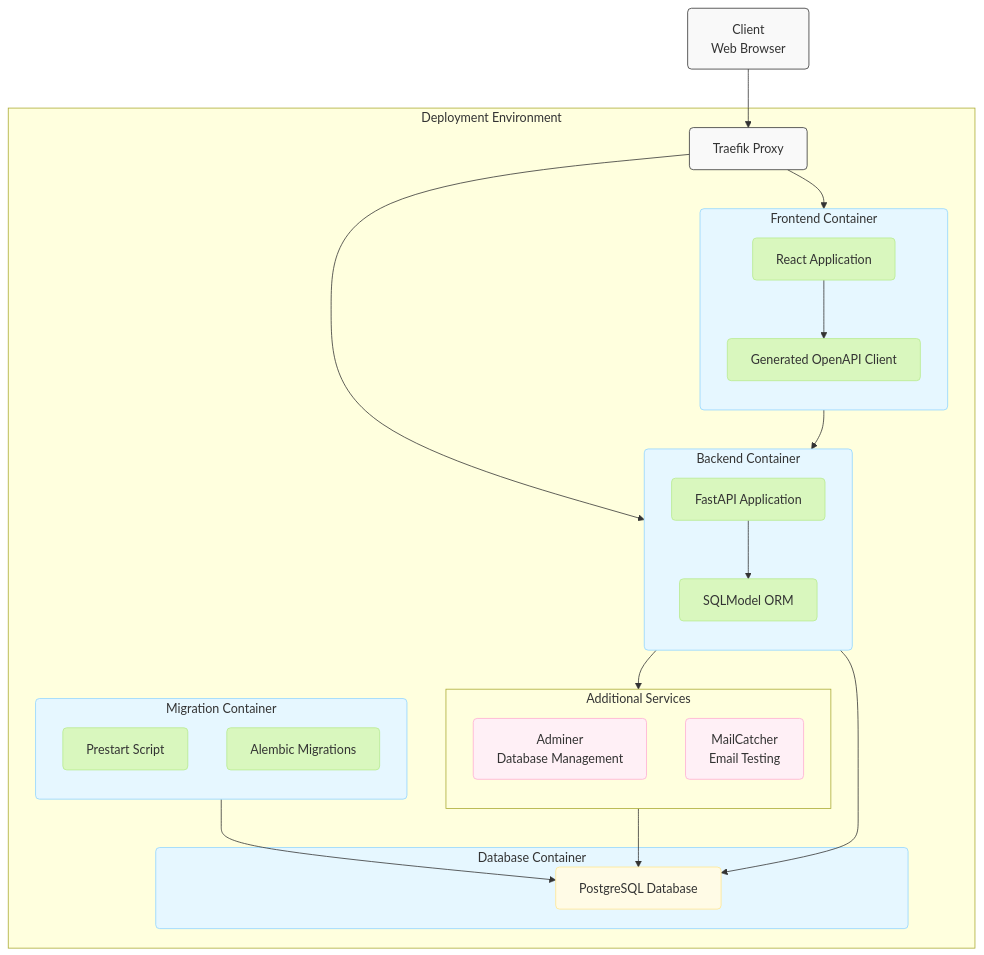
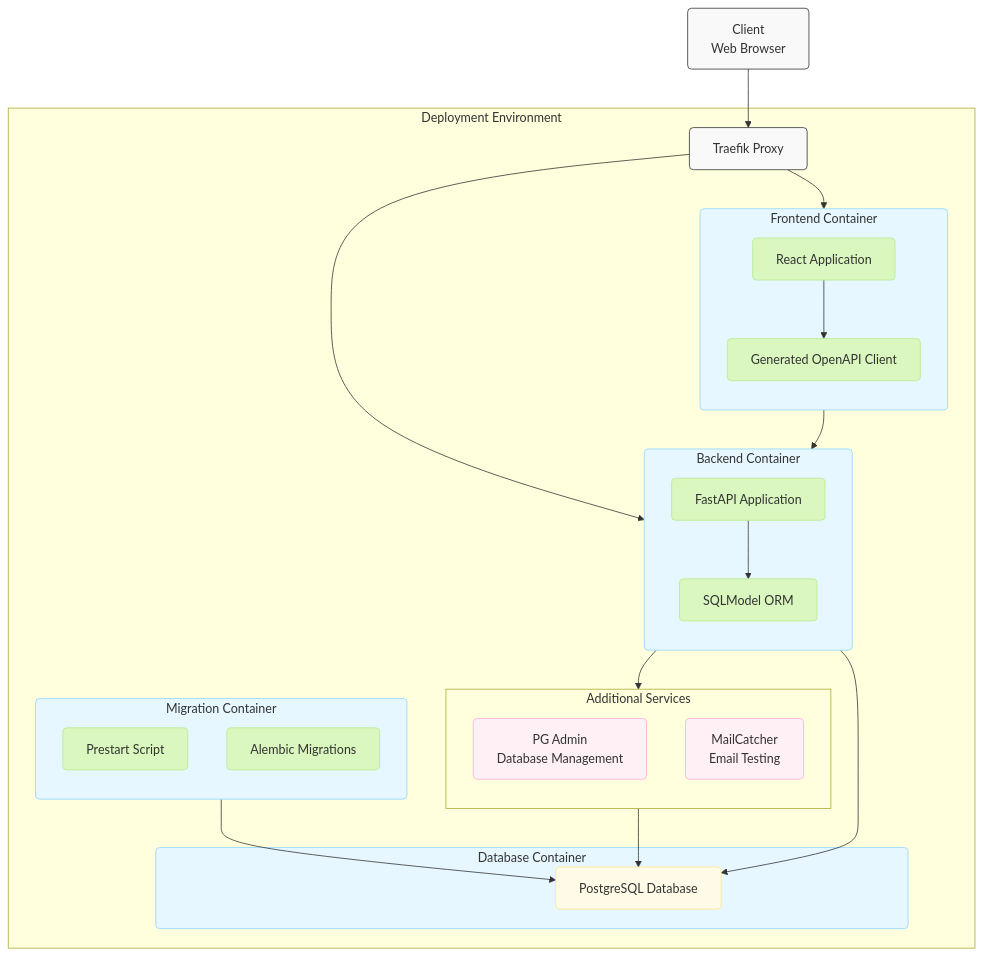
Before and after one commit to telepace/nexus: the first of 3 diagrams in README_zh-CN.md, drawn with Mermaid. The commit also changed 108 other files, not shown here.

First line of the commit message:
feat: migrate from Adminer to pgAdmin and enhance OAuth settings

````diff
--- a/README_zh-CN.md
+++ b/README_zh-CN.md
@@ -48,71 +48,71 @@
 ```mermaid
 graph TD
     %% 定义客户端
     client[Client<br/>Web Browser]
 
     %% 定义部署环境子图
     subgraph dep_env [Deployment Environment]
         %% 定义代理
         proxy[Traefik Proxy]
 
         %% 定义前端容器子图
         subgraph frontend_cont [Frontend Container]
             direction TB
             frontend_app[React Application]
             openapi_client[Generated OpenAPI Client]
             frontend_app --> openapi_client;
         end
 
         %% 定义后端容器子图
         subgraph backend_cont [Backend Container]
             direction TB
             backend_app[FastAPI Application]
             orm[SQLModel ORM]
             backend_app --> orm;
         end
 
         %% 定义迁移容器子图
         subgraph migration_cont [Migration Container]
             direction TB
             prestart[Prestart Script]
             alembic[Alembic Migrations]
         end
 
         %% 定义附加服务子图
         subgraph additional_serv [Additional Services]
             direction TB
-            adminer[Adminer<br/>Database Management]
+            pgadmin[PG Admin<br/>Database Management]
             mailcatcher[MailCatcher<br/>Email Testing]
         end
 
         %% 定义数据库容器子图
         subgraph db_cont [Database Container]
             db[PostgreSQL Database]
         end
 
         %% 定义部署环境内部连接
         proxy --> frontend_cont;
         proxy --> backend_cont;
         openapi_client --> backend_app;
         orm --> db;
         migration_cont --> db;
-        adminer --> db;
+        pgadmin --> db;
         backend_app --> mailcatcher;
     end
 
     %% 定义外部连接
     client --> proxy;
 
     %% 样式 (可选，增加可读性)
     classDef default fill:#f9f9f9,stroke:#333,stroke-width:1px,rx:5,ry:5;
     classDef container fill:#e6f7ff,stroke:#91d5ff,stroke-width:1px,rx:5,ry:5;
     classDef app fill:#d9f7be,stroke:#b7eb8f,stroke-width:1px,rx:5,ry:5;
     classDef db fill:#fffbe6,stroke:#ffe58f,stroke-width:1px,rx:5,ry:5;
     classDef service fill:#fff0f6,stroke:#ffadd2,stroke-width:1px,rx:5,ry:5;
 
     class client,proxy default;
     class frontend_cont,backend_cont,migration_cont,db_cont container;
     class frontend_app,openapi_client,backend_app,orm,prestart,alembic app;
-    class adminer,mailcatcher service;
+    class pgadmin,mailcatcher service;
     class db db;
 ```
````
